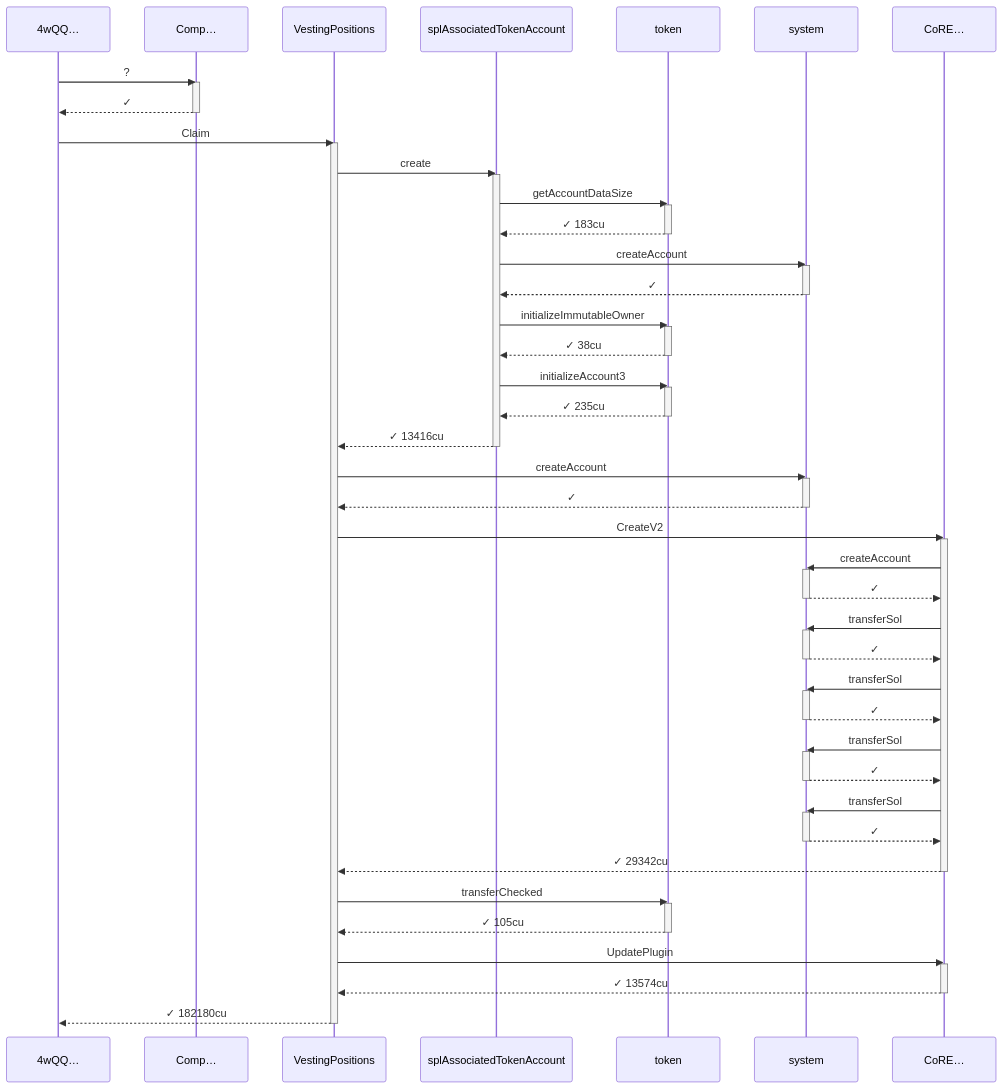
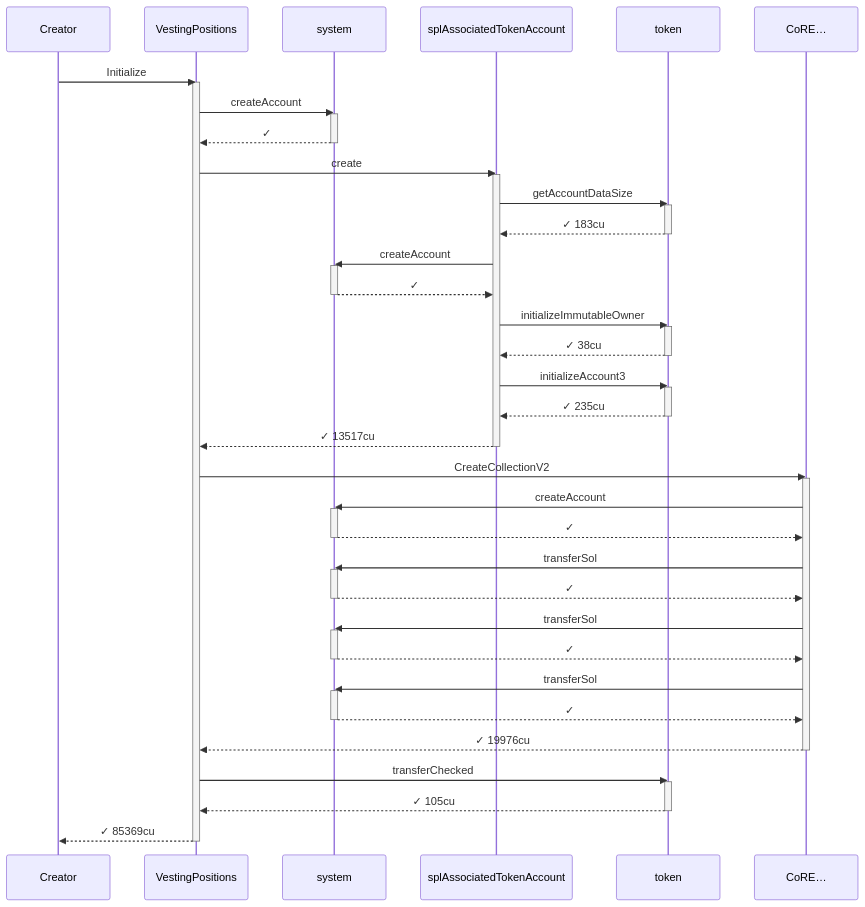
The first of 3 diagrams in babelfish-tests/test-report/compute_units_profile.md (cds-turbin3/vesting-position), drawn with Mermaid before and after one commit. The commit also changed other lines of this file and 50 other files, not shown here.

````diff
--- a/babelfish-tests/test-report/compute_units_profile.md
+++ b/babelfish-tests/test-report/compute_units_profile.md
@@ -5,74 +5,61 @@
 ```mermaid
 sequenceDiagram
-    participant p0 as 4wQQ…
-    participant p1 as Comp…
-    participant p2 as VestingPositions
+    participant p0 as Creator
+    participant p1 as VestingPositions
+    participant p2 as system
     participant p3 as splAssociatedTokenAccount
     participant p4 as token
-    participant p5 as system
-    participant p6 as CoRE…
-    p0->>p1: ?
+    participant p5 as CoRE…
+    p0->>p1: Initialize
     activate p1
-    p1-->>p0: ✓
-    deactivate p1
-    p0->>p2: Claim
+    p1->>p2: createAccount
     activate p2
-    p2->>p3: create
+    p2-->>p1: ✓
+    deactivate p2
+    p1->>p3: create
     activate p3
     p3->>p4: getAccountDataSize
     activate p4
     p4-->>p3: ✓ 183cu
     deactivate p4
-    p3->>p5: createAccount
-    activate p5
-    p5-->>p3: ✓
-    deactivate p5
+    p3->>p2: createAccount
+    activate p2
+    p2-->>p3: ✓
+    deactivate p2
     p3->>p4: initializeImmutableOwner
     activate p4
     p4-->>p3: ✓ 38cu
     deactivate p4
     p3->>p4: initializeAccount3
     activate p4
     p4-->>p3: ✓ 235cu
     deactivate p4
-    p3-->>p2: ✓ 13416cu
+    p3-->>p1: ✓ 13517cu
     deactivate p3
-    p2->>p5: createAccount
+    p1->>p5: CreateCollectionV2
     activate p5
-    p5-->>p2: ✓
+    p5->>p2: createAccount
+    activate p2
+    p2-->>p5: ✓
+    deactivate p2
+    p5->>p2: transferSol
+    activate p2
+    p2-->>p5: ✓
+    deactivate p2
+    p5->>p2: transferSol
+    activate p2
+    p2-->>p5: ✓
+    deactivate p2
+    p5->>p2: transferSol
+    activate p2
+    p2-->>p5: ✓
+    deactivate p2
+    p5-->>p1: ✓ 19976cu
     deactivate p5
-    p2->>p6: CreateV2
-    activate p6
-    p6->>p5: createAccount
-    activate p5
-    p5-->>p6: ✓
-    deactivate p5
-    p6->>p5: transferSol
-    activate p5
-    p5-->>p6: ✓
-    deactivate p5
-    p6->>p5: transferSol
-    activate p5
-    p5-->>p6: ✓
-    deactivate p5
-    p6->>p5: transferSol
-    activate p5
-    p5-->>p6: ✓
-    deactivate p5
-    p6->>p5: transferSol
-    activate p5
-    p5-->>p6: ✓
-    deactivate p5
-    p6-->>p2: ✓ 29342cu
-    deactivate p6
-    p2->>p4: transferChecked
+    p1->>p4: transferChecked
     activate p4
-    p4-->>p2: ✓ 105cu
+    p4-->>p1: ✓ 105cu
     deactivate p4
-    p2->>p6: UpdatePlugin
-    activate p6
-    p6-->>p2: ✓ 13574cu
-    deactivate p6
-    p2-->>p0: ✓ 182180cu
-    deactivate p2
+    p1-->>p0: ✓ 85369cu
+    deactivate p1
 ```
````
